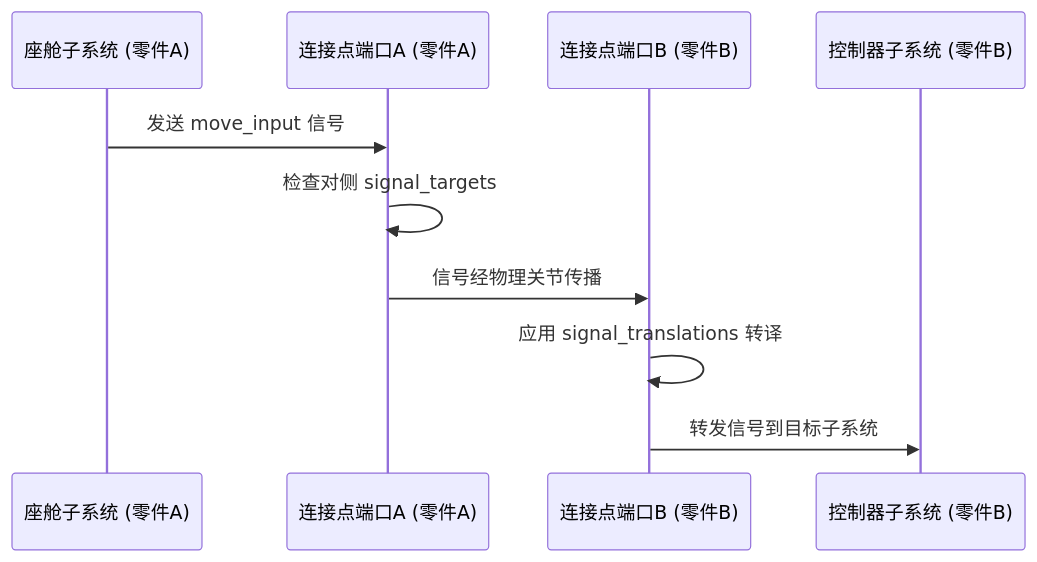
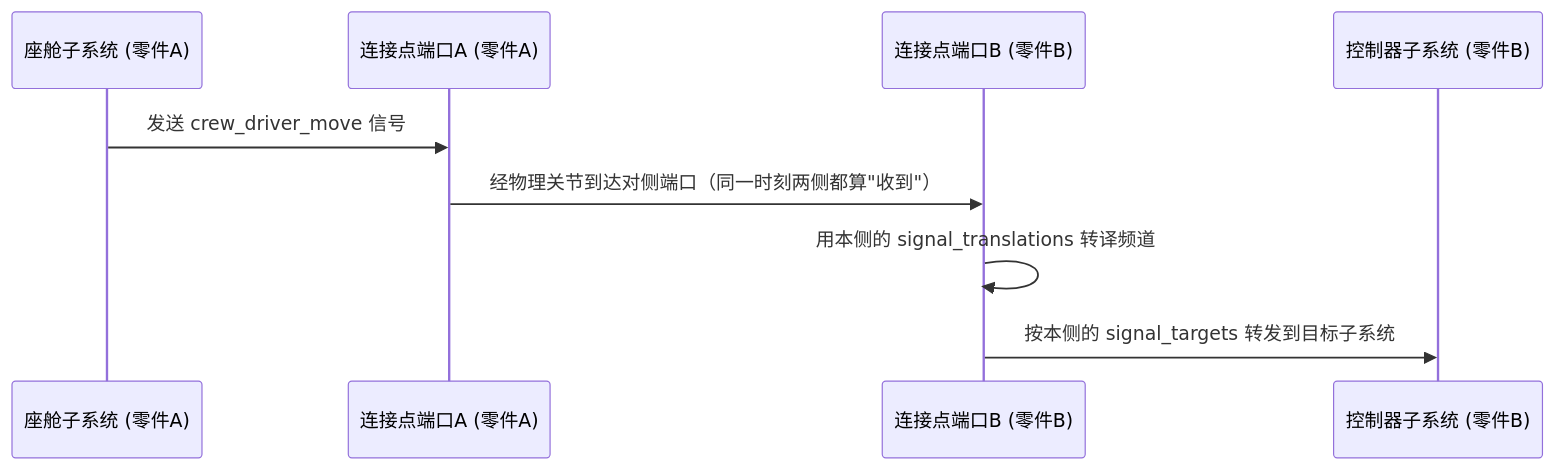
One commit to Sweetzonzi/Machine-Max changed the second of 3 diagrams in docs/wiki/3-子系统详解/3.6-信号系统.md. Above: the diagram before and after it, drawn with Mermaid. The commit also changed other lines of this file and 45 other files, not shown here.

````diff
--- a/docs/wiki/3-子系统详解/3.6-信号系统.md
+++ b/docs/wiki/3-子系统详解/3.6-信号系统.md
@@ -127,13 +127,12 @@
 ```mermaid
 sequenceDiagram
     participant 座舱 as 座舱子系统 (零件A)
     participant 端口A as 连接点端口A (零件A)
     participant 端口B as 连接点端口B (零件B)
     participant 控制器 as 控制器子系统 (零件B)
 
-    座舱->>端口A: 发送 move_input 信号
-    端口A->>端口A: 检查对侧 signal_targets
-    端口A->>端口B: 信号经物理关节传播
-    端口B->>端口B: 应用 signal_translations 转译
-    端口B->>控制器: 转发信号到目标子系统
+    座舱->>端口A: 发送 crew_driver_move 信号
+    端口A->>端口B: 经物理关节到达对侧端口（同一时刻两侧都算"收到"）
+    端口B->>端口B: 用本侧的 signal_translations 转译频道
+    端口B->>控制器: 按本侧的 signal_targets 转发到目标子系统
 ```
````
